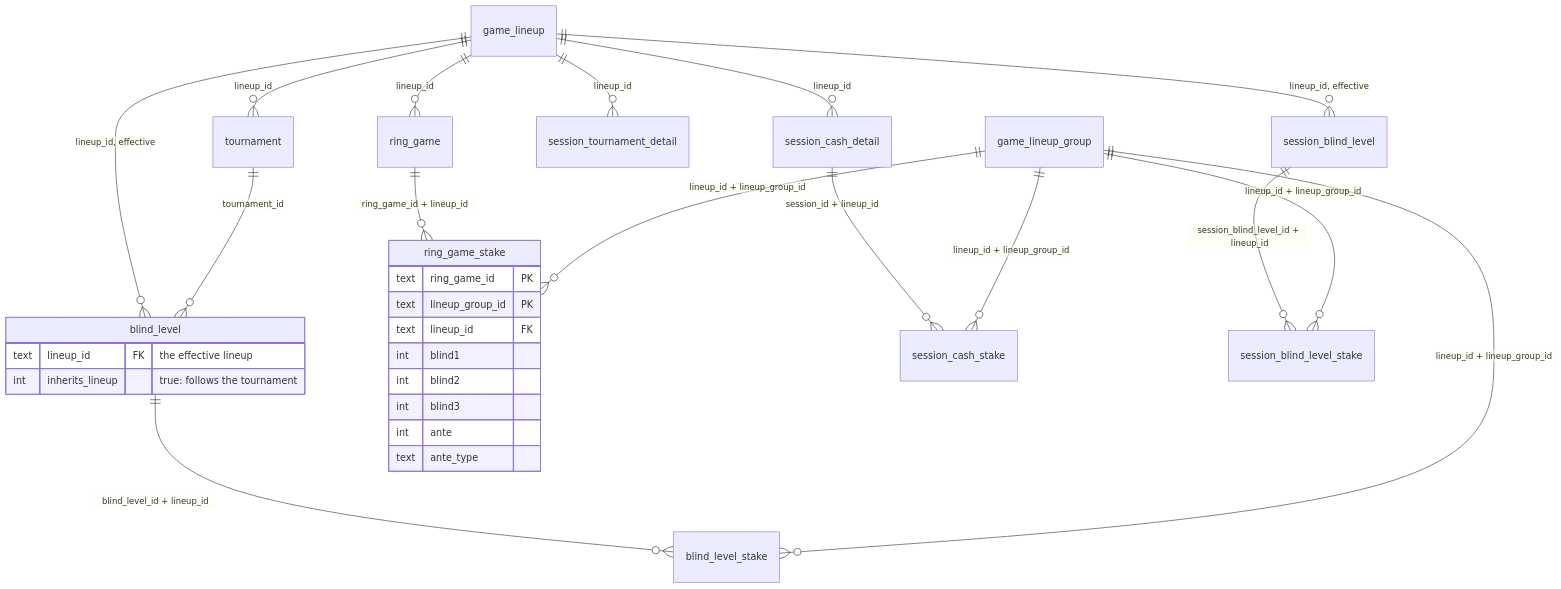
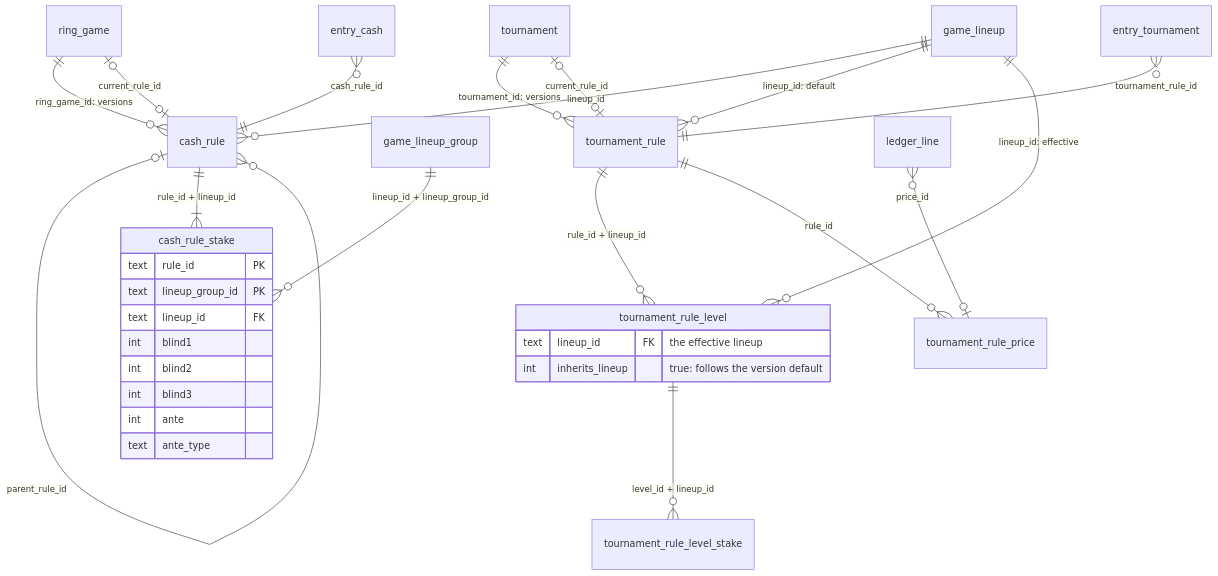
One commit to HIRO15254/sapphire2 changed the third of 3 diagrams in docs/design/game-lineups.md. Above: the diagram before and after it, drawn with Mermaid. The commit also changed other lines of this file, not shown here.

````diff
--- a/docs/design/game-lineups.md
+++ b/docs/design/game-lineups.md
@@ -130,32 +138,33 @@
 ```mermaid
 erDiagram
-    game_lineup ||--o{ ring_game : "lineup_id"
-    game_lineup ||--o{ session_cash_detail : "lineup_id"
-    game_lineup ||--o{ tournament : "lineup_id"
-    game_lineup ||--o{ session_tournament_detail : "lineup_id"
-    game_lineup ||--o{ blind_level : "lineup_id, effective"
-    game_lineup ||--o{ session_blind_level : "lineup_id, effective"
-    tournament ||--o{ blind_level : "tournament_id"
-    ring_game ||--o{ ring_game_stake : "ring_game_id + lineup_id"
-    session_cash_detail ||--o{ session_cash_stake : "session_id + lineup_id"
-    blind_level ||--o{ blind_level_stake : "blind_level_id + lineup_id"
-    session_blind_level ||--o{ session_blind_level_stake : "session_blind_level_id + lineup_id"
-    game_lineup_group ||--o{ ring_game_stake : "lineup_id + lineup_group_id"
-    game_lineup_group ||--o{ session_cash_stake : "lineup_id + lineup_group_id"
-    game_lineup_group ||--o{ blind_level_stake : "lineup_id + lineup_group_id"
-    game_lineup_group ||--o{ session_blind_level_stake : "lineup_id + lineup_group_id"
-    blind_level {
-        text lineup_id FK "the effective lineup"
-        int inherits_lineup "true: follows the tournament"
-    }
-    ring_game_stake {
-        text ring_game_id PK
+    ring_game ||--o{ cash_rule : "ring_game_id: versions"
+    ring_game |o--o| cash_rule : "current_rule_id"
+    cash_rule |o--o{ cash_rule : "parent_rule_id"
+    game_lineup ||--o{ cash_rule : "lineup_id"
+    cash_rule ||--|{ cash_rule_stake : "rule_id + lineup_id"
+    game_lineup_group ||--o{ cash_rule_stake : "lineup_id + lineup_group_id"
+    entry_cash }o--|| cash_rule : "cash_rule_id"
+    tournament ||--o{ tournament_rule : "tournament_id: versions"
+    tournament |o--o| tournament_rule : "current_rule_id"
+    game_lineup ||--o{ tournament_rule : "lineup_id: default"
+    tournament_rule ||--o{ tournament_rule_level : "rule_id + lineup_id"
+    game_lineup ||--o{ tournament_rule_level : "lineup_id: effective"
+    tournament_rule_level ||--o{ tournament_rule_level_stake : "level_id + lineup_id"
+    tournament_rule ||--o{ tournament_rule_price : "rule_id"
+    entry_tournament }o--|| tournament_rule : "tournament_rule_id"
+    ledger_line }o--o| tournament_rule_price : "price_id"
+    cash_rule_stake {
+        text rule_id PK
         text lineup_group_id PK
         text lineup_id FK
         int blind1
         int blind2
         int blind3
         int ante
         text ante_type
     }
+    tournament_rule_level {
+        text lineup_id FK "the effective lineup"
+        int inherits_lineup "true: follows the version default"
+    }
 ```
````
